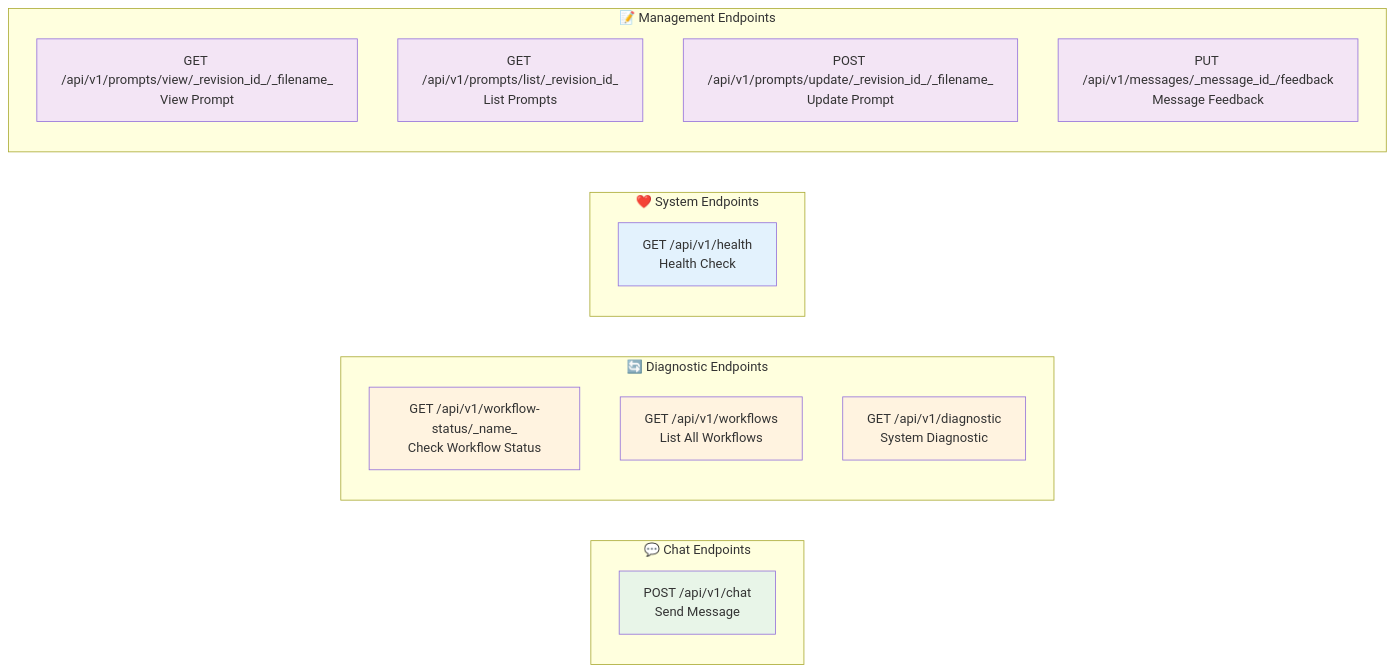
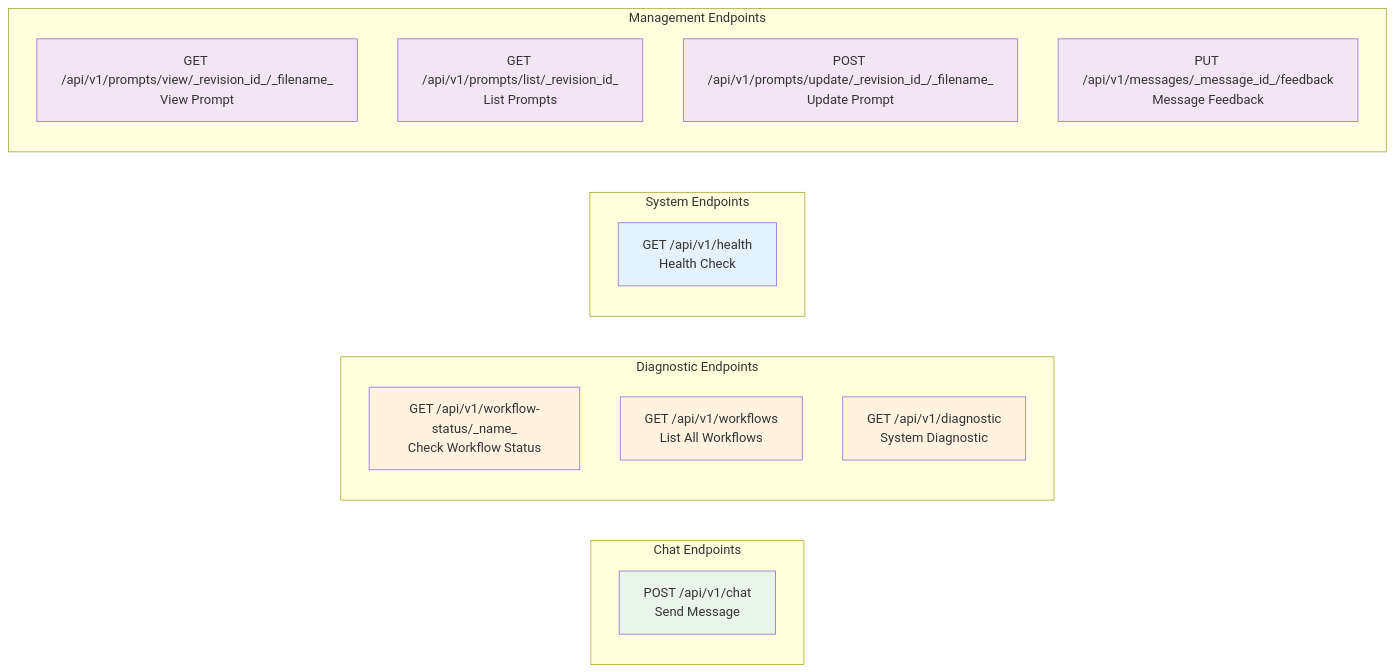
The third of 6 diagrams in docs/api/README.md (the-ingenious-dark-knight/Insight_Ingenious), drawn with Mermaid before and after one commit. The commit also changed other lines of this file and 4 other files, not shown here.

````diff
--- a/docs/api/README.md
+++ b/docs/api/README.md
@@ -119,33 +119,33 @@
 ```mermaid
 graph LR
-    subgraph "💬 Chat Endpoints"
+    subgraph "Chat Endpoints"
         CHAT_POST[POST /api/v1/chat\nSend Message]
     end
 
-    subgraph "🔄 Diagnostic Endpoints"
+    subgraph "Diagnostic Endpoints"
         WORKFLOW_STATUS[GET /api/v1/workflow-status/_name_\nCheck Workflow Status]
         WORKFLOWS_LIST[GET /api/v1/workflows\nList All Workflows]
         DIAGNOSTIC[GET /api/v1/diagnostic\nSystem Diagnostic]
     end
 
-    subgraph "❤️ System Endpoints"
+    subgraph "System Endpoints"
         HEALTH[GET /api/v1/health\nHealth Check]
     end
 
-    subgraph "📝 Management Endpoints"
+    subgraph "Management Endpoints"
         PROMPTS_VIEW[GET /api/v1/prompts/view/_revision_id_/_filename_\nView Prompt]
         PROMPTS_LIST[GET /api/v1/prompts/list/_revision_id_\nList Prompts]
         PROMPTS_UPDATE[POST /api/v1/prompts/update/_revision_id_/_filename_\nUpdate Prompt]
         FEEDBACK[PUT /api/v1/messages/_message_id_/feedback\nMessage Feedback]
     end
 
     classDef chat fill:#e8f5e8
     classDef workflow fill:#fff3e0
     classDef system fill:#e3f2fd
     classDef management fill:#f3e5f5
 
     class CHAT_POST chat
     class WORKFLOW_STATUS,WORKFLOWS_LIST,DIAGNOSTIC workflow
     class HEALTH system
     class PROMPTS_VIEW,PROMPTS_LIST,PROMPTS_UPDATE,FEEDBACK management
 ```
````
